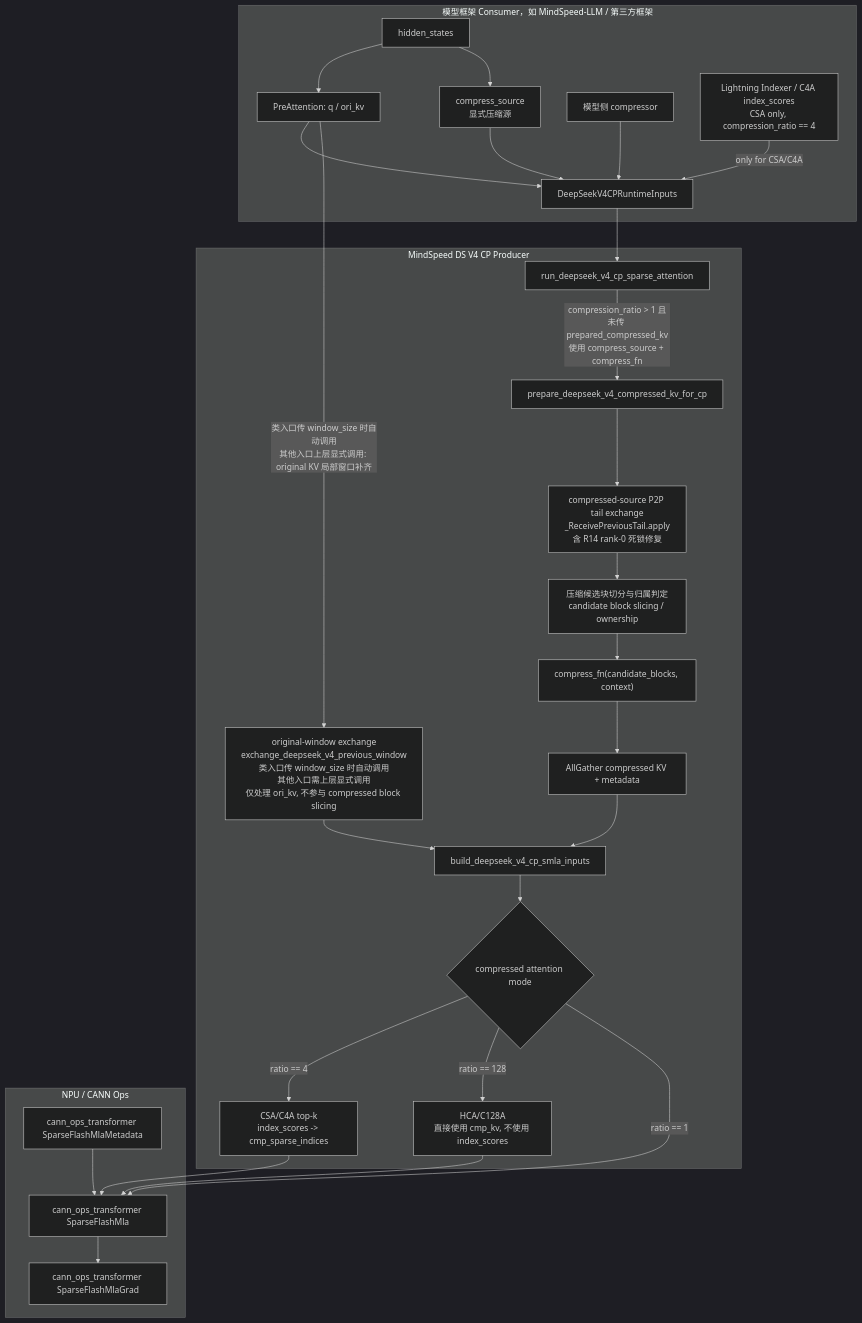
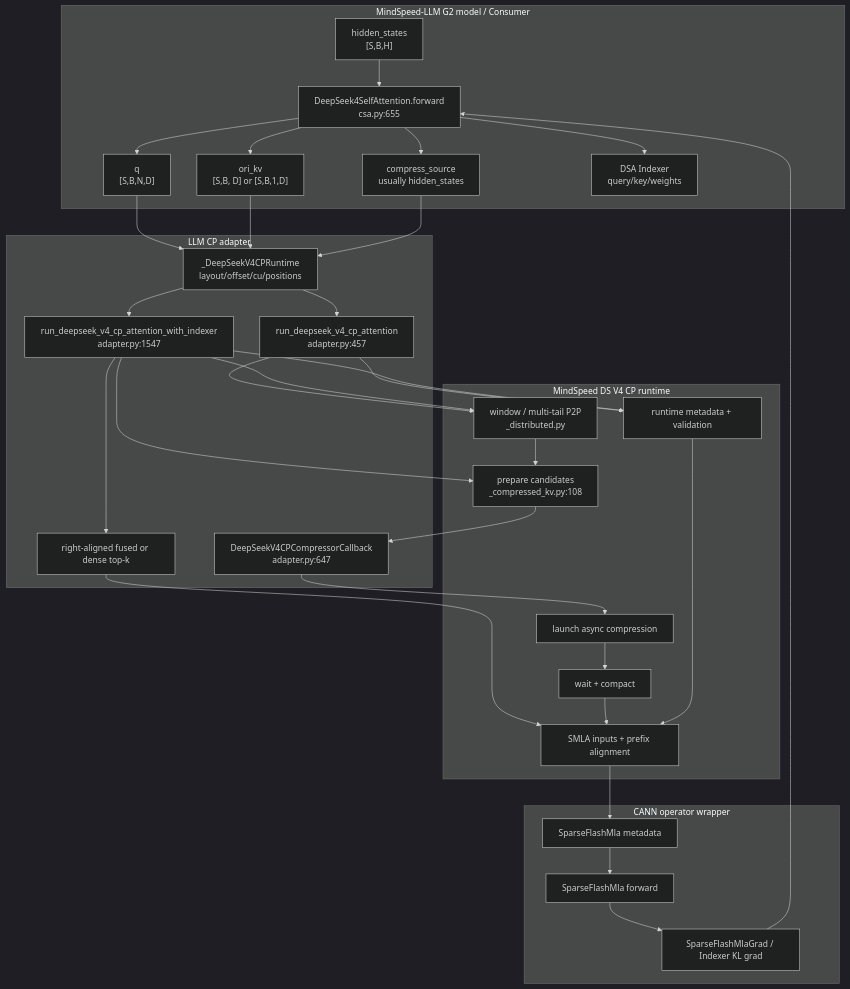
The first of 13 diagrams in features/context_parallel/chapter-03-mindspeed-deepseek-v4-context-parallel.md (ChemLez/Megatron-Note), drawn with Mermaid (dark theme) before and after one commit. The commit also changed other lines of this file and 1 other file, not shown here.

Commit message:
docs: refresh DeepSeek V4 CP archive note

````diff
--- a/features/context_parallel/chapter-03-mindspeed-deepseek-v4-context-parallel.md
+++ b/features/context_parallel/chapter-03-mindspeed-deepseek-v4-context-parallel.md
@@ -43,55 +54,58 @@
 ```mermaid
 flowchart TD
-    subgraph Consumer["模型框架 Consumer，如 MindSpeed-LLM / 第三方框架"]
-        A["hidden_states"]
-        B["PreAttention: q / ori_kv"]
-        S["compress_source\n显式压缩源"]
-        C["模型侧 compressor"]
-        D["Lightning Indexer / C4A index_scores\nCSA only, compression_ratio == 4"]
-        R["DeepSeekV4CPRuntimeInputs"]
+    subgraph Model["MindSpeed-LLM G2 model / Consumer"]
+        H["hidden_states\n[S,B,H]"]
+        Q["q\n[S,B,N,D]"]
+        K["ori_kv\n[S,B, D] or [S,B,1,D]"]
+        CS["compress_source\nusually hidden_states"]
+        IDX["DSA Indexer\nquery/key/weights"]
+        F["DeepSeek4SelfAttention.forward\ncsa.py:655"]
     end
-
-    subgraph MindSpeed["MindSpeed DS V4 CP Producer"]
-        E["original-window exchange\nexchange_deepseek_v4_previous_window\n类入口传 window_size 时自动调用\n其他入口需上层显式调用\n仅处理 ori_kv, 不参与 compressed block slicing"]
-        F["prepare_deepseek_v4_compressed_kv_for_cp"]
-        X["compressed-source P2P tail exchange\n_ReceivePreviousTail.apply\n含 R14 rank-0 死锁修复"]
-        G["压缩候选块切分与归属判定\ncandidate block slicing / ownership"]
-        H["compress_fn(candidate_blocks, context)"]
-        I["AllGather compressed KV + metadata"]
-        J["build_deepseek_v4_cp_smla_inputs"]
-        O{"compressed attention mode"}
-        P["CSA/C4A top-k\nindex_scores -> cmp_sparse_indices"]
-        Q["HCA/C128A\n直接使用 cmp_kv, 不使用 index_scores"]
-        K["run_deepseek_v4_cp_sparse_attention"]
+    subgraph Adapter["LLM CP adapter"]
+        R["_DeepSeekV4CPRuntime\nlayout/offset/cu/positions"]
+        A1["run_deepseek_v4_cp_attention\nadapter.py:457"]
+        A2["run_deepseek_v4_cp_attention_with_indexer\nadapter.py:1547"]
+        CB["DeepSeekV4CPCompressorCallback\nadapter.py:647"]
+        TOPK["right-aligned fused or dense top-k"]
     end
-
-    subgraph Ops["NPU / CANN Ops"]
-        L["cann_ops_transformer SparseFlashMlaMetadata"]
-        M["cann_ops_transformer SparseFlashMla"]
-        N["cann_ops_transformer SparseFlashMlaGrad"]
+    subgraph Core["MindSpeed DS V4 CP runtime"]
+        W["window / multi-tail P2P\n_distributed.py"]
+        P["prepare candidates\n_compressed_kv.py:108"]
+        L["launch async compression"]
+        WT["wait + compact"]
+        M["runtime metadata + validation"]
+        S["SMLA inputs + prefix alignment"]
     end
-
-    A --> B
-    A --> S
-    B --> R
-    S --> R
-    C --> R
-    D -- "only for CSA/C4A" --> R
-    R --> K
-    K -- "compression_ratio > 1 且未传 prepared_compressed_kv\n使用 compress_source + compress_fn" --> F
-    F --> X
-    X --> G
-    G --> H
-    H --> I
-    I --> J
-    B -- "类入口传 window_size 时自动调用\n其他入口上层显式调用: original KV 局部窗口补齐" --> E
-    E --> J
-    J --> O
-    O -- "ratio == 4" --> P
-    O -- "ratio == 128" --> Q
-    P --> M
-    Q --> M
-    O -- "ratio == 1" --> M
-    M --> N
-    L --> M
+    subgraph Op["CANN operator wrapper"]
+        MD["SparseFlashMla metadata"]
+        FW["SparseFlashMla forward"]
+        BW["SparseFlashMlaGrad / Indexer KL grad"]
+    end
+    H --> F
+    F --> Q
+    F --> K
+    F --> CS
+    F --> IDX
+    Q --> R
+    K --> R
+    CS --> R
+    R --> A1
+    R --> A2
+    A1 --> W
+    W --> P
+    P --> CB
+    CB --> L
+    L --> WT
+    A2 --> W
+    A2 --> P
+    A2 --> TOPK
+    TOPK --> S
+    WT --> S
+    A1 --> M
+    A2 --> M
+    M --> S
+    S --> MD
+    MD --> FW
+    FW --> BW
+    BW --> F
 ```
````
